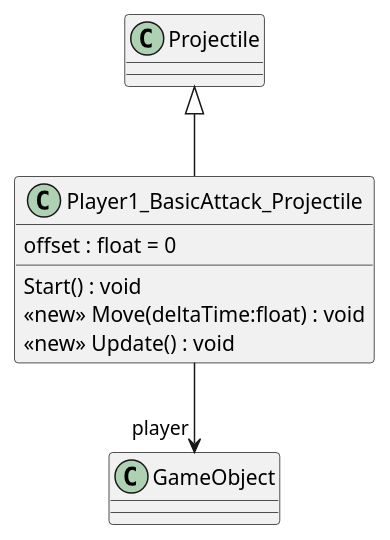
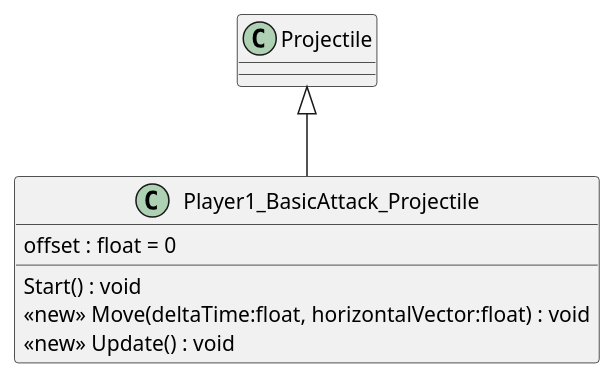
One commit to 2314577483/Vampire-Hunter changed the diagram in UML/Weapons/Player1_BasicAttack_Projectile.puml. Above: the diagram before and after it, drawn with PlantUML. The commit also changed 13 other files, not shown here.

Commit message:
Generate UML (Generate UML)

```diff
--- a/UML/Weapons/Player1_BasicAttack_Projectile.puml
+++ b/UML/Weapons/Player1_BasicAttack_Projectile.puml
@@ -1,10 +1,9 @@
 @startuml
 class Player1_BasicAttack_Projectile {
     offset : float = 0
     Start() : void
-    <<new>> Move(deltaTime:float) : void
+    <<new>> Move(deltaTime:float, horizontalVector:float) : void
     <<new>> Update() : void
 }
 Projectile <|-- Player1_BasicAttack_Projectile
-Player1_BasicAttack_Projectile --> "player" GameObject
 @enduml
```
